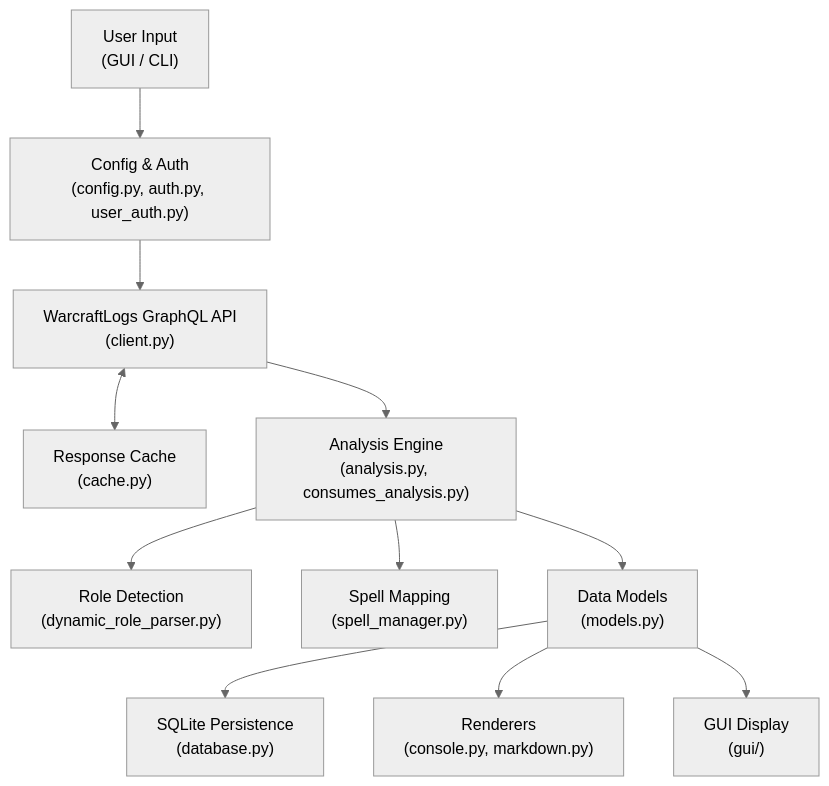
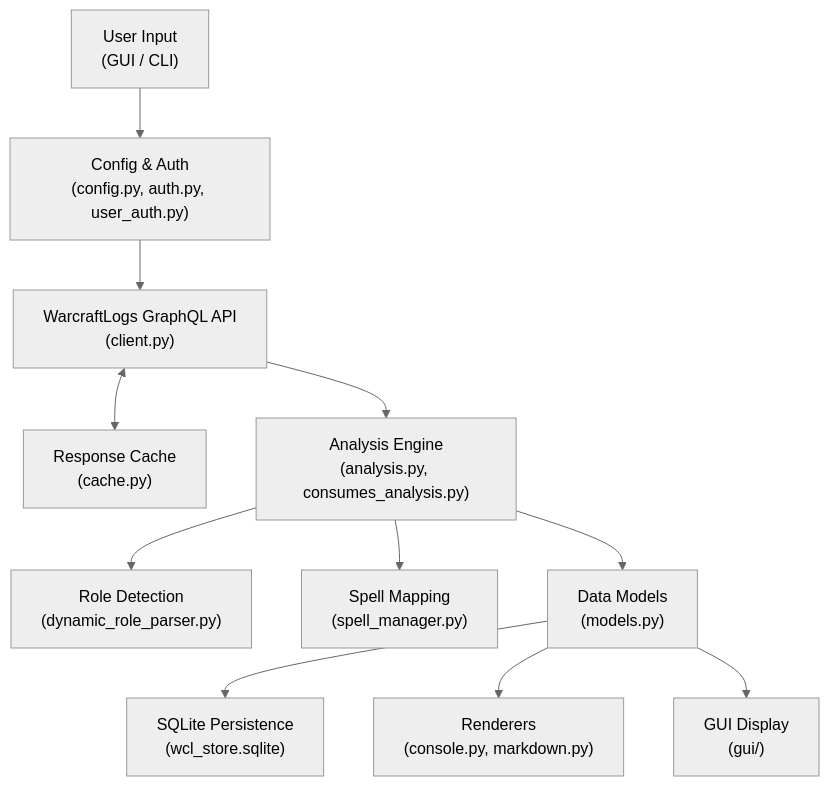
Before and after one commit to lgriffin/warcraftlogs_project: the first of 6 diagrams in DEVELOPER.md, drawn with Mermaid (neutral theme). The commit also changed other lines of this file and 32 other files, not shown here.

First line of the commit message:
Split storage into a wcl-store package with SQLite and Postgres backends

````diff
--- a/DEVELOPER.md
+++ b/DEVELOPER.md
@@ -9,25 +9,25 @@
 ```mermaid
 flowchart TD
     UI["User Input<br/>(GUI / CLI)"]
     CA["Config & Auth<br/>(config.py, auth.py, user_auth.py)"]
     API["WarcraftLogs GraphQL API<br/>(client.py)"]
     CACHE["Response Cache<br/>(cache.py)"]
     ANALYSIS["Analysis Engine<br/>(analysis.py, consumes_analysis.py)"]
     ROLES["Role Detection<br/>(dynamic_role_parser.py)"]
     SPELLS["Spell Mapping<br/>(spell_manager.py)"]
     MODELS["Data Models<br/>(models.py)"]
-    DB["SQLite Persistence<br/>(database.py)"]
+    DB["SQLite Persistence<br/>(wcl_store.sqlite)"]
     RENDER["Renderers<br/>(console.py, markdown.py)"]
     GUI["GUI Display<br/>(gui/)"]
 
     UI --> CA
     CA --> API
     API <--> CACHE
     API --> ANALYSIS
     ANALYSIS --> ROLES
     ANALYSIS --> SPELLS
     ANALYSIS --> MODELS
     MODELS --> DB
     MODELS --> RENDER
     MODELS --> GUI
 ```
````
